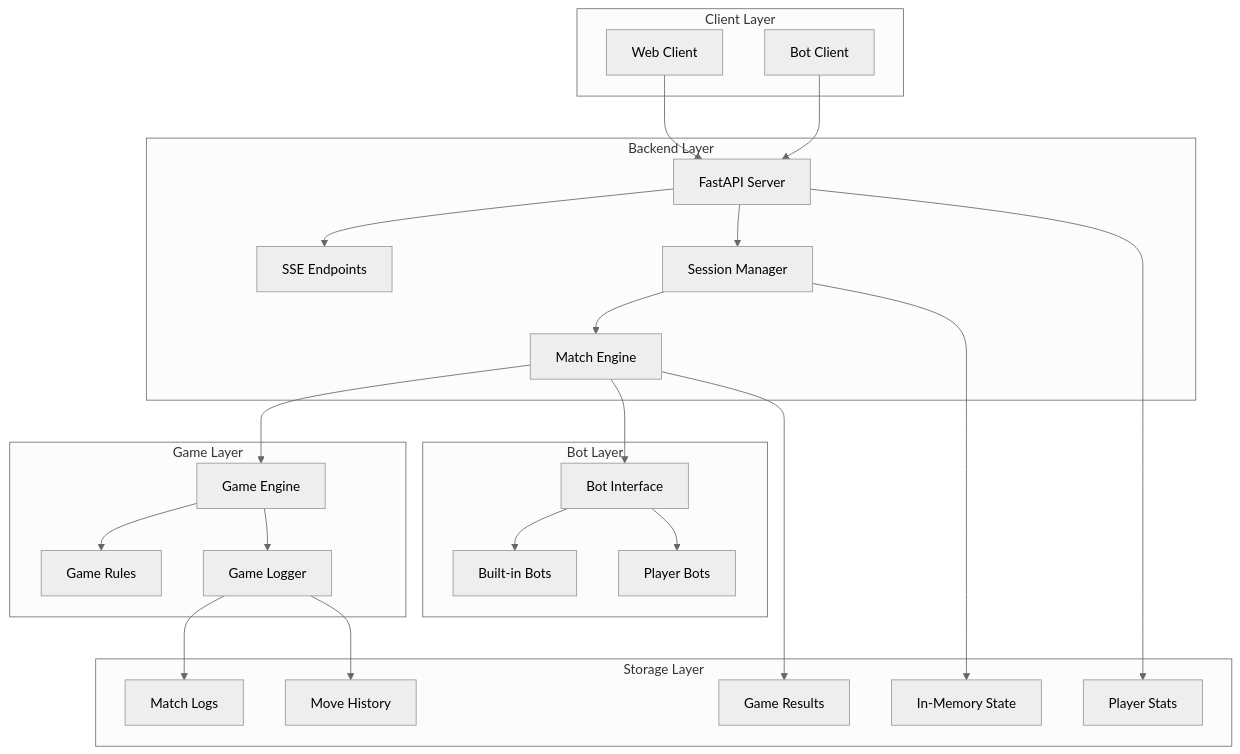
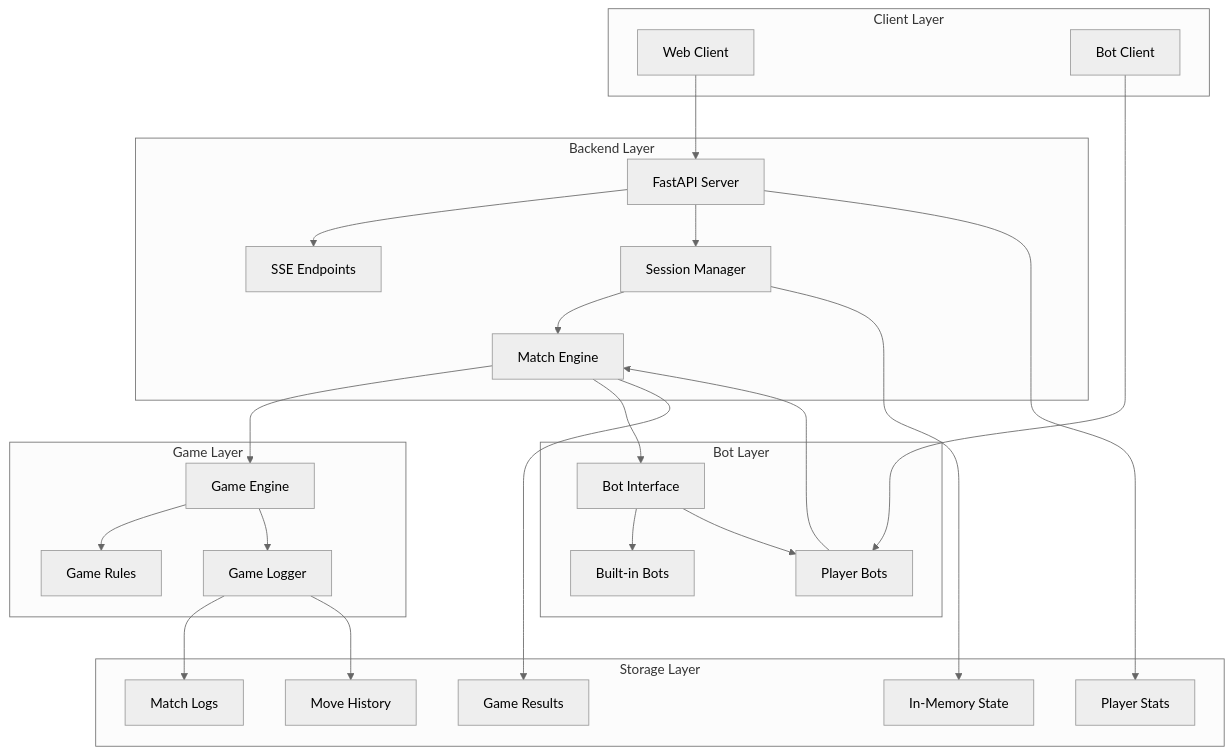
The diagram in .vibedev/specs/spellcasters-playground-backend/design.md (swex-camp2024-copilot/swex-camp-spellcaster), drawn with Mermaid (neutral theme) before and after one commit. The commit also changed other lines of this file, not shown here.

````diff
--- a/.vibedev/specs/spellcasters-playground-backend/design.md
+++ b/.vibedev/specs/spellcasters-playground-backend/design.md
@@ -19,51 +19,52 @@
 ```mermaid
 graph TB
     subgraph "Client Layer"
         WEB[Web Client]
         BOT[Bot Client]
     end
     
     subgraph "Backend Layer"
         API[FastAPI Server]
         SSE[SSE Endpoints]
         SESSION[Session Manager]
         MATCH[Match Engine]
     end
     
     subgraph "Game Layer"
         ENGINE[Game Engine]
         RULES[Game Rules]
         LOGGER[Game Logger]
     end
     
     subgraph "Bot Layer"
         INTERFACE[Bot Interface]
         BUILTIN[Built-in Bots]
         PLAYER[Player Bots]
     end
     
     subgraph "Storage Layer"
         MEMORY[In-Memory State]
         LOGS[Match Logs]
         STATS[Player Stats]
         HISTORY[Move History]
         RESULTS[Game Results]
     end
     
     WEB --> API
-    BOT --> API
+    BOT --> PLAYER
     API --> SSE
     API --> SESSION
     SESSION --> MATCH
     MATCH --> ENGINE
     MATCH --> INTERFACE
+    PLAYER --> MATCH
     ENGINE --> RULES
     ENGINE --> LOGGER
     INTERFACE --> BUILTIN
     INTERFACE --> PLAYER
     SESSION --> MEMORY
     LOGGER --> LOGS
     LOGGER --> HISTORY
     API --> STATS
     MATCH --> RESULTS
 ```
````
